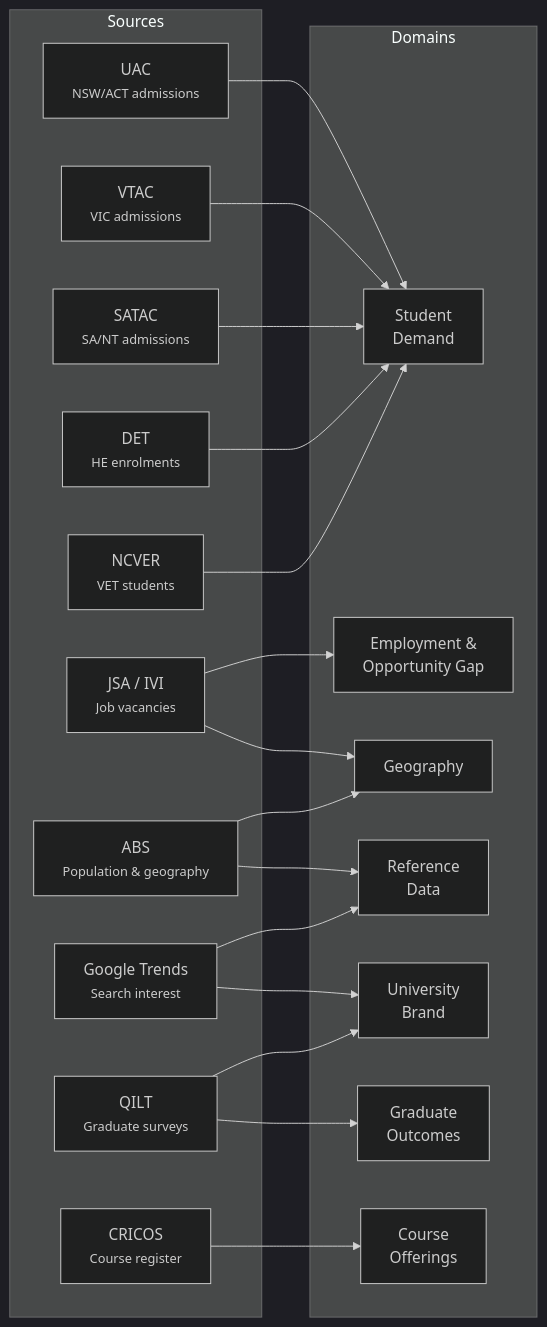
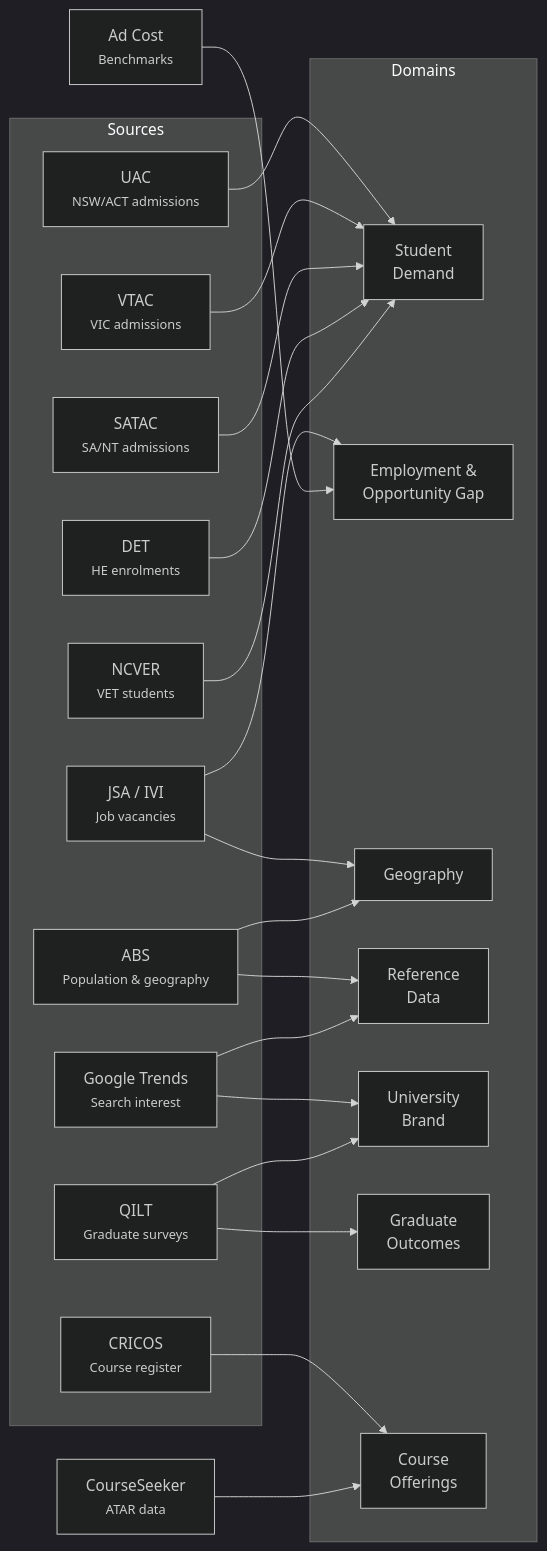
Before and after one commit to wisemuffin/project-zeus: the first of 3 diagrams in docs/ontology/relationships.md, drawn with Mermaid (dark theme). The commit also changed other lines of this file and 17 other files, not shown here.

First line of the commit message:
Add ESS employer satisfaction, ad cost benchmarks, CourseSeeker ATAR, and delivery mode data

````diff
--- a/docs/ontology/relationships.md
+++ b/docs/ontology/relationships.md
@@ -7,40 +7,42 @@
 ```mermaid
 graph LR
     subgraph Sources
         UAC[UAC<br/><small>NSW/ACT admissions</small>]
         VTAC[VTAC<br/><small>VIC admissions</small>]
         SATAC[SATAC<br/><small>SA/NT admissions</small>]
         DET[DET<br/><small>HE enrolments</small>]
         NCVER[NCVER<br/><small>VET students</small>]
         JSA[JSA / IVI<br/><small>Job vacancies</small>]
         ABS[ABS<br/><small>Population &amp; geography</small>]
         GT[Google Trends<br/><small>Search interest</small>]
         QILT[QILT<br/><small>Graduate surveys</small>]
         CRICOS[CRICOS<br/><small>Course register</small>]
     end
 
     subgraph Domains
         SD[Student<br/>Demand]
         EOG[Employment &<br/>Opportunity Gap]
         GEO[Geography]
         REF[Reference<br/>Data]
         UB[University<br/>Brand]
         GO[Graduate<br/>Outcomes]
         CO[Course<br/>Offerings]
     end
 
     UAC --> SD
     VTAC --> SD
     SATAC --> SD
     DET --> SD
     NCVER --> SD
     JSA --> EOG
     JSA --> GEO
     ABS --> GEO
     ABS --> REF
     GT --> REF
     GT --> UB
     QILT --> UB
     QILT --> GO
     CRICOS --> CO
+    CS[CourseSeeker<br/><small>ATAR data</small>] --> CO
+    ADCOST[Ad Cost<br/><small>Benchmarks</small>] --> EOG
 ```
````
